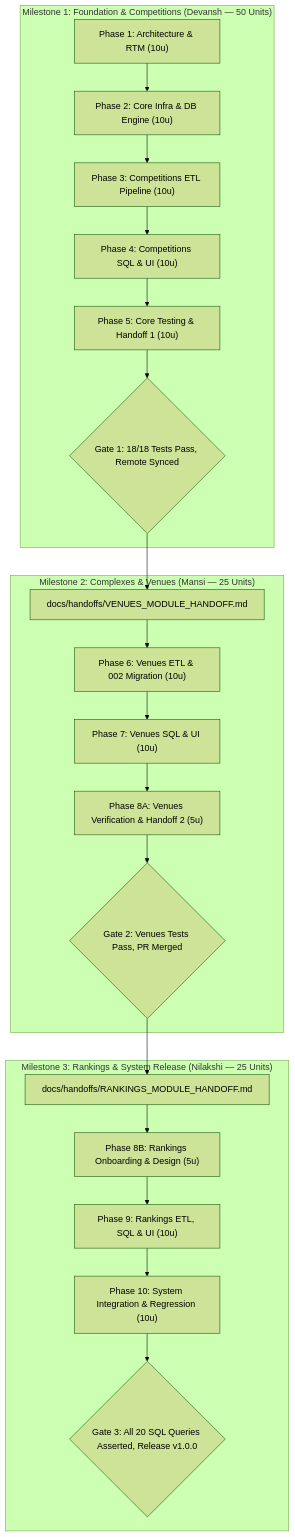
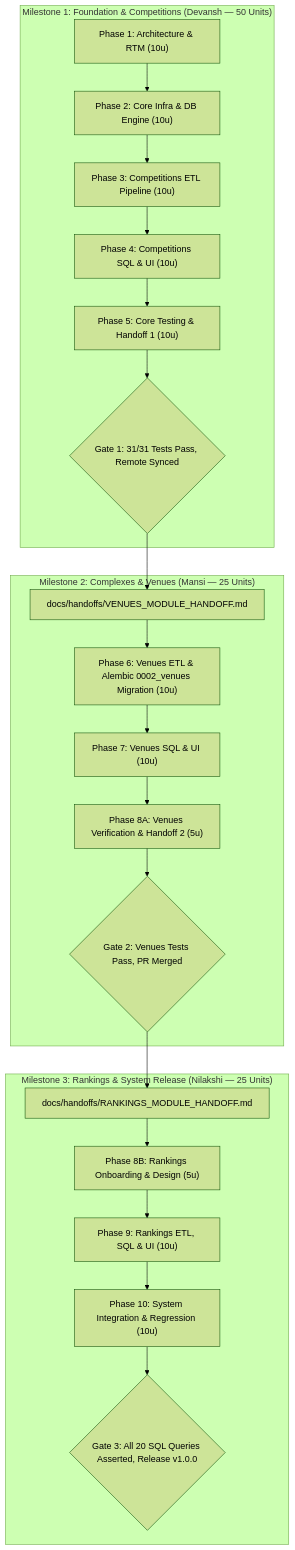
One commit to Devansh54/CourtIQ changed the sixth of 6 diagrams in docs/COURTIQ_ARCHITECTURE_AND_PHASED_IMPLEMENTATION_PLAN.md. Above: the diagram before and after it, drawn with Mermaid (forest theme). The commit also changed other lines of this file and 12 other files, not shown here.

````diff
--- a/docs/COURTIQ_ARCHITECTURE_AND_PHASED_IMPLEMENTATION_PLAN.md
+++ b/docs/COURTIQ_ARCHITECTURE_AND_PHASED_IMPLEMENTATION_PLAN.md
@@ -433,31 +430,31 @@
 ```mermaid
 flowchart TD
     subgraph Milestone1["Milestone 1: Foundation & Competitions (Devansh — 50 Units)"]
         P1["Phase 1: Architecture & RTM (10u)"] --> P2["Phase 2: Core Infra & DB Engine (10u)"]
         P2 --> P3["Phase 3: Competitions ETL Pipeline (10u)"]
         P3 --> P4["Phase 4: Competitions SQL & UI (10u)"]
         P4 --> P5["Phase 5: Core Testing & Handoff 1 (10u)"]
-        G1{"Gate 1: 18/18 Tests Pass, Remote Synced"}
+        G1{"Gate 1: 31/31 Tests Pass, Remote Synced"}
         P5 --> G1
     end
 
     subgraph Milestone2["Milestone 2: Complexes & Venues (Mansi — 25 Units)"]
         H1["docs/handoffs/VENUES_MODULE_HANDOFF.md"]
         G1 --> H1
-        H1 --> P6["Phase 6: Venues ETL & 002 Migration (10u)"]
+        H1 --> P6["Phase 6: Venues ETL & Alembic 0002_venues Migration (10u)"]
         P6 --> P7["Phase 7: Venues SQL & UI (10u)"]
         P7 --> P8A["Phase 8A: Venues Verification & Handoff 2 (5u)"]
         G2{"Gate 2: Venues Tests Pass, PR Merged"}
         P8A --> G2
     end
 
     subgraph Milestone3["Milestone 3: Rankings & System Release (Nilakshi — 25 Units)"]
         H2["docs/handoffs/RANKINGS_MODULE_HANDOFF.md"]
         G2 --> H2
         H2 --> P8B["Phase 8B: Rankings Onboarding & Design (5u)"]
         P8B --> P9["Phase 9: Rankings ETL, SQL & UI (10u)"]
         P9 --> P10["Phase 10: System Integration & Regression (10u)"]
         G3{"Gate 3: All 20 SQL Queries Asserted, Release v1.0.0"}
         P10 --> G3
     end
 ```
````
